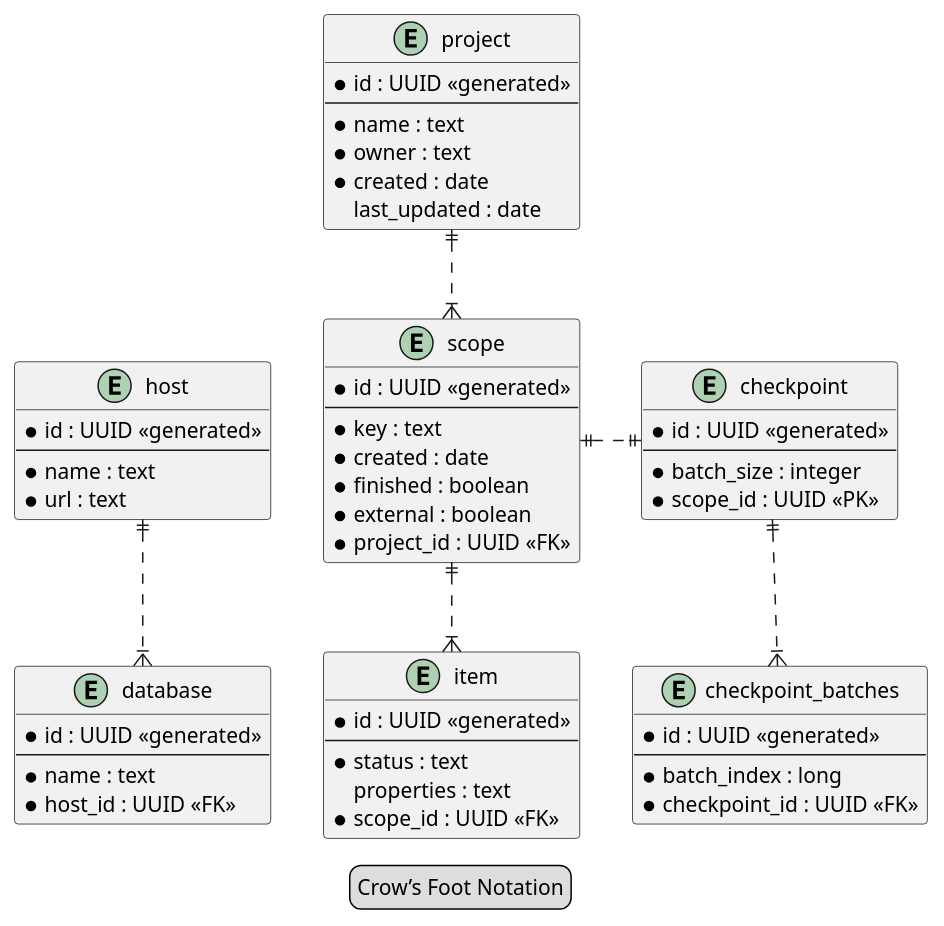
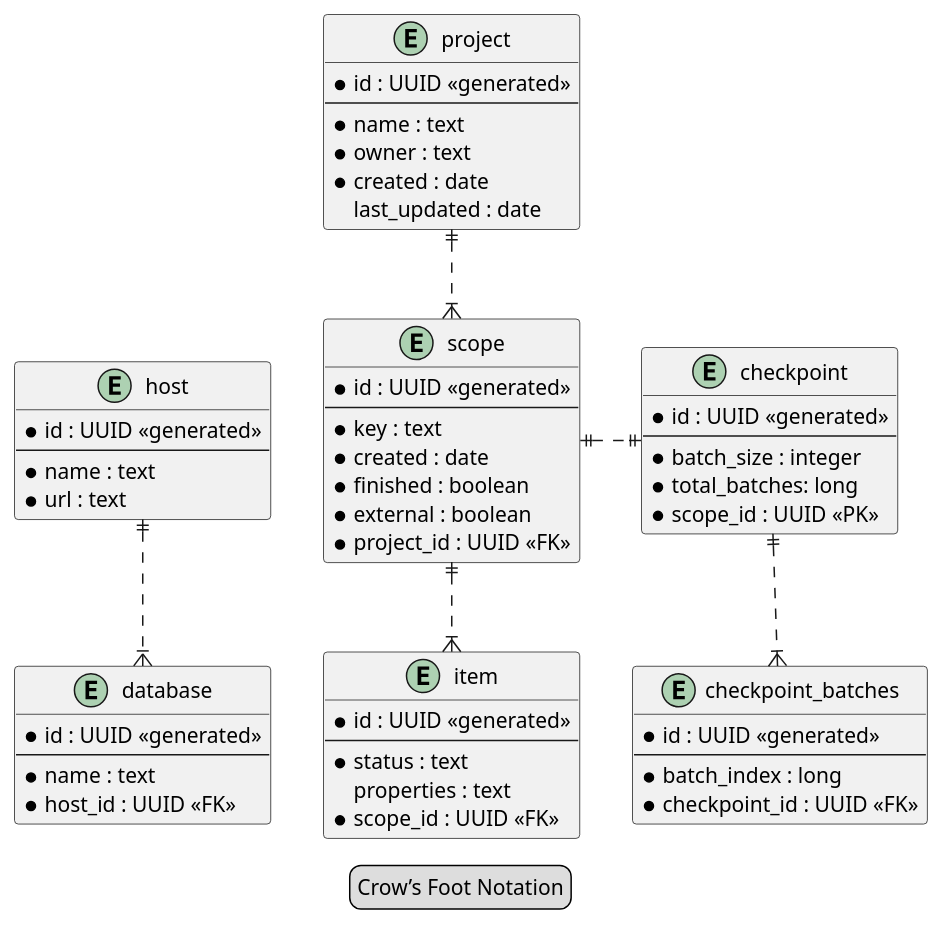
One commit to TuncerCatalkaya/data-migration changed the diagram in data-migration-documentation/src/main/images/databaseModel.puml. Above: the diagram before and after it, drawn with PlantUML. The commit also changed 25 other files, not shown here.

```diff
--- a/data-migration-documentation/src/main/images/databaseModel.puml
+++ b/data-migration-documentation/src/main/images/databaseModel.puml
@@ -1,70 +1,71 @@
 @startuml
 legend Crow’s Foot Notation
 
 entity project {
     * id : UUID <<generated>>
     --
     * name : text
     * owner : text
     * created : date
     last_updated : date
 }
 
 entity scope {
     * id : UUID <<generated>>
     --
     * key : text
     * created : date
     * finished : boolean
     * external : boolean
     * project_id : UUID <<FK>>
 }
 
 entity item {
     * id : UUID <<generated>>
     --
     * status : text
     properties : text
     * scope_id : UUID <<FK>>
 }
 
 entity checkpoint {
     * id : UUID <<generated>>
     --
     * batch_size : integer
+    * total_batches: long
     * scope_id : UUID <<PK>>
 }
 
 entity checkpoint_batches {
     * id : UUID <<generated>>
     --
     * batch_index : long
     * checkpoint_id : UUID <<FK>>
 }
 
 entity host {
     * id : UUID <<generated>>
     --
     * name : text
     * url : text
 }
 
 entity database {
     * id : UUID <<generated>>
     --
     * name : text
     * host_id : UUID <<FK>>
 }
 
 project ||..|{ scope
 scope ||..|{ item
 
 scope ||.|| checkpoint
 
 checkpoint ||..|{ checkpoint_batches
 
 host ||..|{ database
 
 host -[hidden]> scope
 
 @enduml
```
